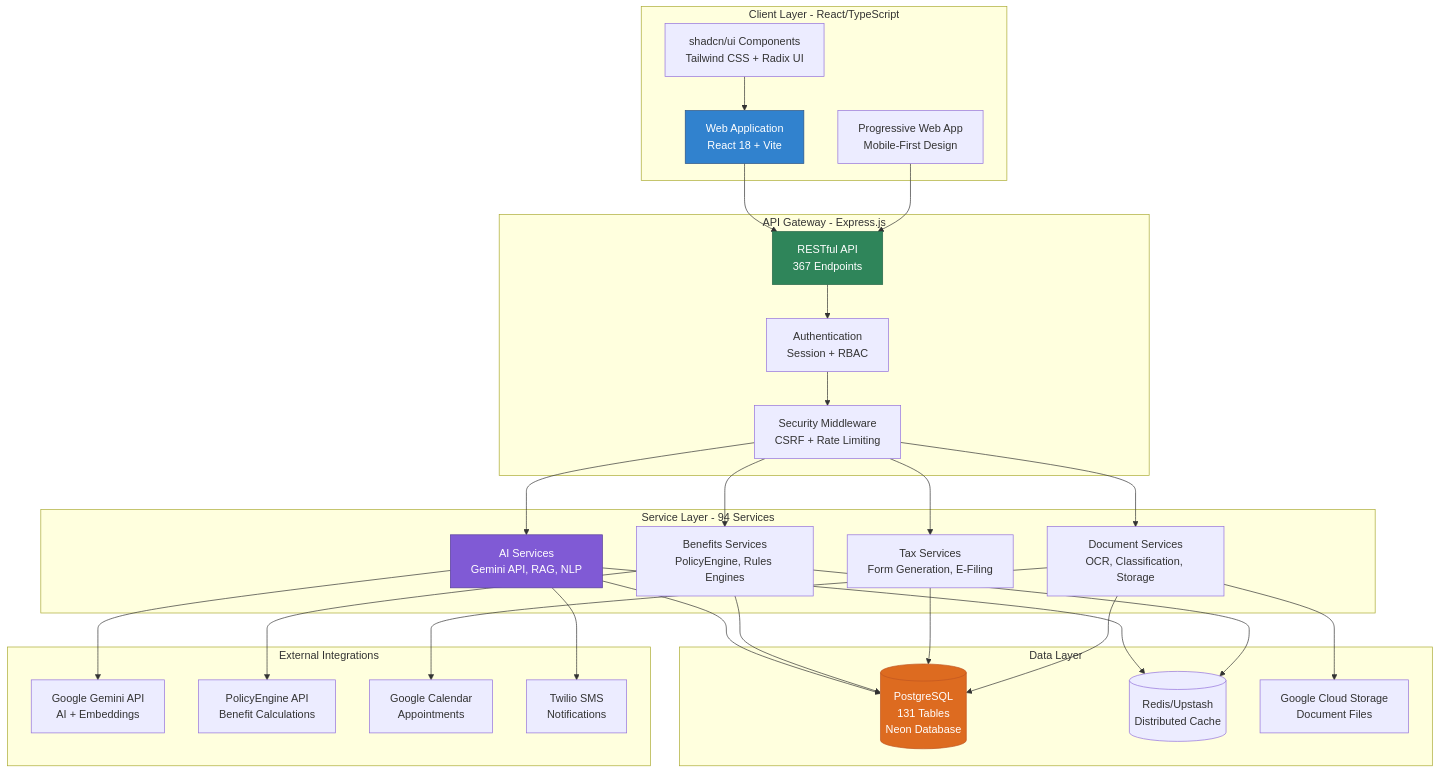
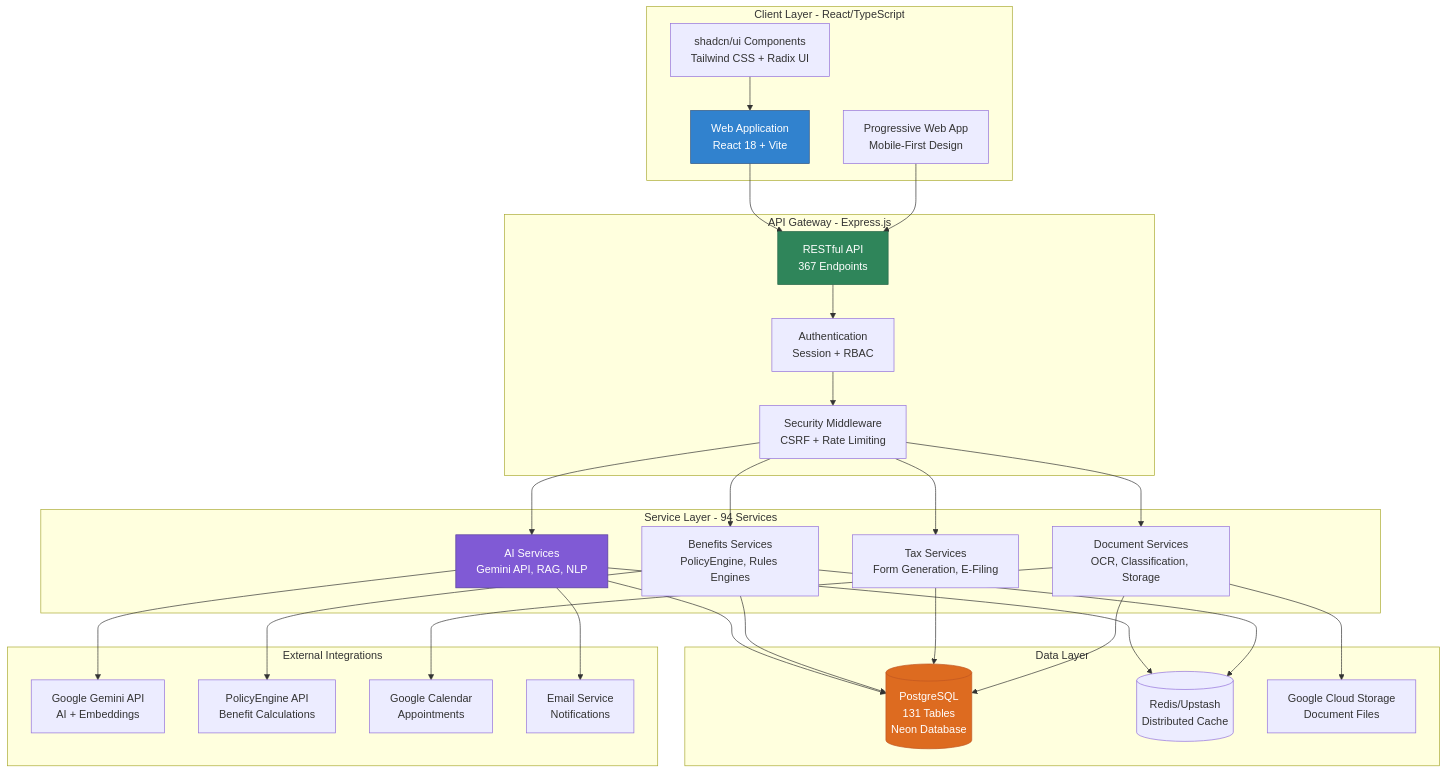
One commit to Nash0984/JAWN changed the second of 3 diagrams in README.md. Above: the diagram before and after it, drawn with Mermaid. The commit also changed other lines of this file and 1 other file, not shown here.

````diff
--- a/README.md
+++ b/README.md
@@ -98,63 +99,63 @@
 ```mermaid
 graph TB
     subgraph "Client Layer - React/TypeScript"
         WEB[Web Application<br/>React 18 + Vite]
         PWA[Progressive Web App<br/>Mobile-First Design]
         UI[shadcn/ui Components<br/>Tailwind CSS + Radix UI]
     end
     
     subgraph "API Gateway - Express.js"
         ROUTES[RESTful API<br/>367 Endpoints]
         AUTH[Authentication<br/>Session + RBAC]
         CSRF[Security Middleware<br/>CSRF + Rate Limiting]
     end
     
     subgraph "Service Layer - 94 Services"
         AI_SERVICES[AI Services<br/>Gemini API, RAG, NLP]
         BENEFIT_SERVICES[Benefits Services<br/>PolicyEngine, Rules Engines]
         TAX_SERVICES[Tax Services<br/>Form Generation, E-Filing]
         DOC_SERVICES[Document Services<br/>OCR, Classification, Storage]
     end
     
     subgraph "Data Layer"
         DB[(PostgreSQL<br/>131 Tables<br/>Neon Database)]
         CACHE[(Redis/Upstash<br/>Distributed Cache)]
         GCS[Google Cloud Storage<br/>Document Files]
     end
     
     subgraph "External Integrations"
         GEMINI[Google Gemini API<br/>AI + Embeddings]
         POLICYENGINE[PolicyEngine API<br/>Benefit Calculations]
         CALENDAR[Google Calendar<br/>Appointments]
-        TWILIO[Twilio SMS<br/>Notifications]
+        EMAIL[Email Service<br/>Notifications]
     end
     
     WEB --> ROUTES
     PWA --> ROUTES
     UI --> WEB
     ROUTES --> AUTH
     AUTH --> CSRF
     CSRF --> AI_SERVICES
     CSRF --> BENEFIT_SERVICES
     CSRF --> TAX_SERVICES
     CSRF --> DOC_SERVICES
     
     AI_SERVICES --> DB
     BENEFIT_SERVICES --> DB
     TAX_SERVICES --> DB
     DOC_SERVICES --> DB
     
     AI_SERVICES --> CACHE
     BENEFIT_SERVICES --> CACHE
     DOC_SERVICES --> GCS
     
     AI_SERVICES --> GEMINI
     BENEFIT_SERVICES --> POLICYENGINE
     DOC_SERVICES --> CALENDAR
-    AI_SERVICES --> TWILIO
+    AI_SERVICES --> EMAIL
     
     style WEB fill:#3182CE,stroke:#2C5282,color:#fff
     style ROUTES fill:#2F855A,stroke:#276749,color:#fff
     style AI_SERVICES fill:#805AD5,stroke:#553C9A,color:#fff
     style DB fill:#DD6B20,stroke:#C05621,color:#fff
 ```
````
